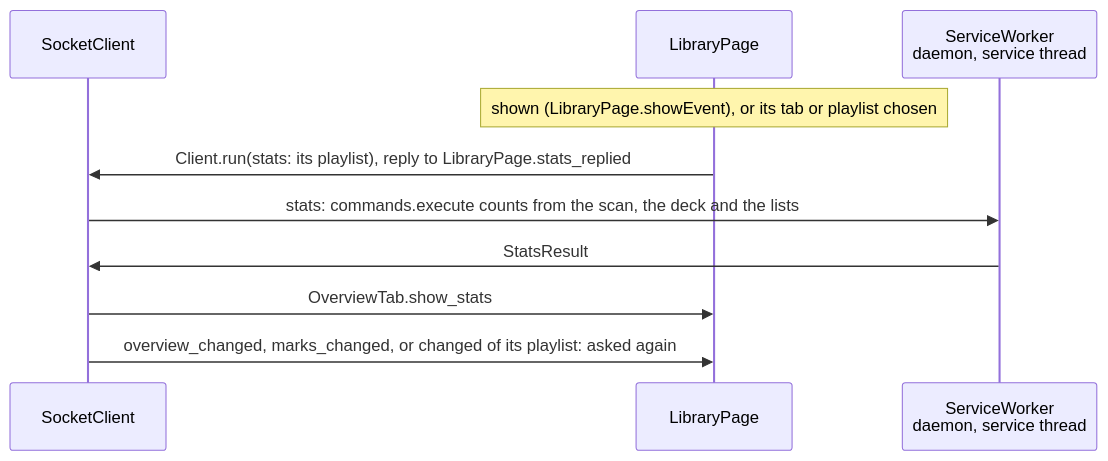
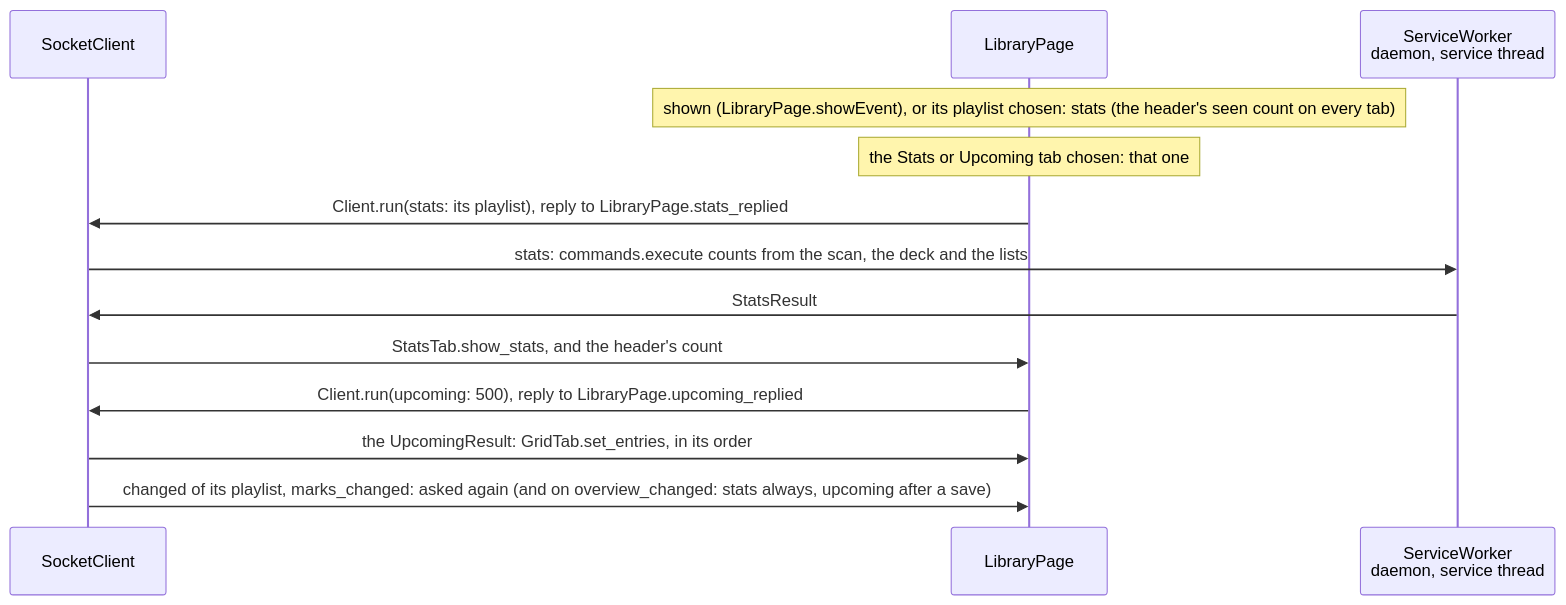
One commit to cheshire0xff/wallpaper_py changed the ninth of 11 diagrams in docs/app-wiring.md. Above: the diagram before and after it, drawn with Mermaid. The commit also changed other lines of this file and 25 other files, not shown here.

````diff
--- a/docs/app-wiring.md
+++ b/docs/app-wiring.md
@@ -236,13 +237,16 @@
 ```mermaid
 sequenceDiagram
     participant C as SocketClient
     participant L as LibraryPage
     participant W as ServiceWorker<br/>daemon, service thread
 
-    Note over L: shown (LibraryPage.showEvent), or its tab or playlist chosen
+    Note over L: shown (LibraryPage.showEvent), or its playlist chosen: stats (the header's seen count on every tab)
+    Note over L: the Stats or Upcoming tab chosen: that one
     L->>C: Client.run(stats: its playlist), reply to LibraryPage.stats_replied
     C->>W: stats: commands.execute counts from the scan, the deck and the lists
     W->>C: StatsResult
-    C->>L: OverviewTab.show_stats
-    C->>L: overview_changed, marks_changed, or changed of its playlist: asked again
+    C->>L: StatsTab.show_stats, and the header's count
+    L->>C: Client.run(upcoming: 500), reply to LibraryPage.upcoming_replied
+    C->>L: the UpcomingResult: GridTab.set_entries, in its order
+    C->>L: changed of its playlist, marks_changed: asked again (and on overview_changed: stats always, upcoming after a save)
 ```
````
